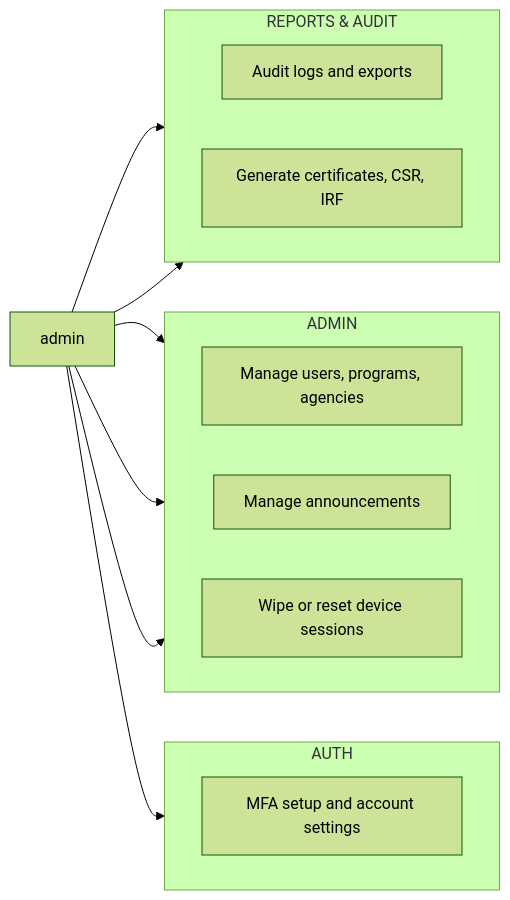
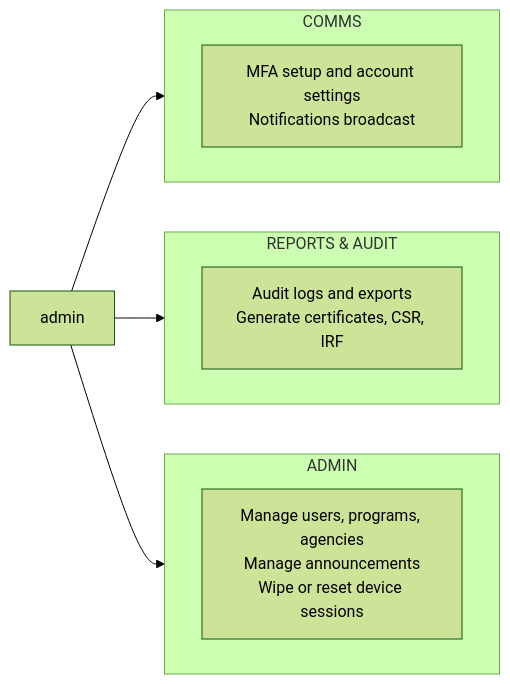
Before and after one commit to urlsalimbot/THESIS1-KAPWA: the sixth of 10 diagrams in docs/diagrams/02-use-case-diagram.md, drawn with Mermaid (forest theme). The commit also changed other lines of this file, not shown here.

Commit message:
docs: pair each role's category-grouped use case diagram with its description on one letter page

````diff
--- a/docs/diagrams/02-use-case-diagram.md
+++ b/docs/diagrams/02-use-case-diagram.md
@@ -234,29 +176,23 @@
 ```mermaid
 flowchart LR
     AD["admin"]
 
-    subgraph Auth[AUTH]
+    subgraph AdminMgmt[ADMIN]
         direction LR
-        A1["MFA setup and account settings"]
-    end
-
-    subgraph Admin[ADMIN]
-        direction LR
-        A6["Manage users, programs, agencies"]
-        A7["Manage announcements"]
-        A8["Wipe or reset device sessions"]
+        A1["Manage users, programs, agencies<br/>Manage announcements<br/>Wipe or reset device sessions"]
     end
 
     subgraph Reports[REPORTS & AUDIT]
         direction LR
-        A9["Audit logs and exports"]
-        A10["Generate certificates, CSR, IRF"]
+        A2["Audit logs and exports<br/>Generate certificates, CSR, IRF"]
+    end
+
+    subgraph Comms[COMMS]
+        direction LR
+        A3["MFA setup and account settings<br/>Notifications broadcast"]
     end
 
     AD --> A1
-    AD --> A6
-    AD --> A7
-    AD --> A8
-    AD --> A9
-    AD --> A10
+    AD --> A2
+    AD --> A3
 ```
````
